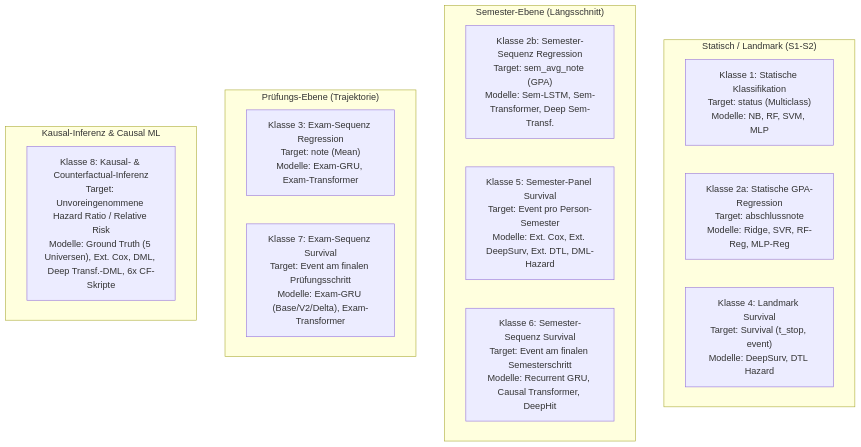
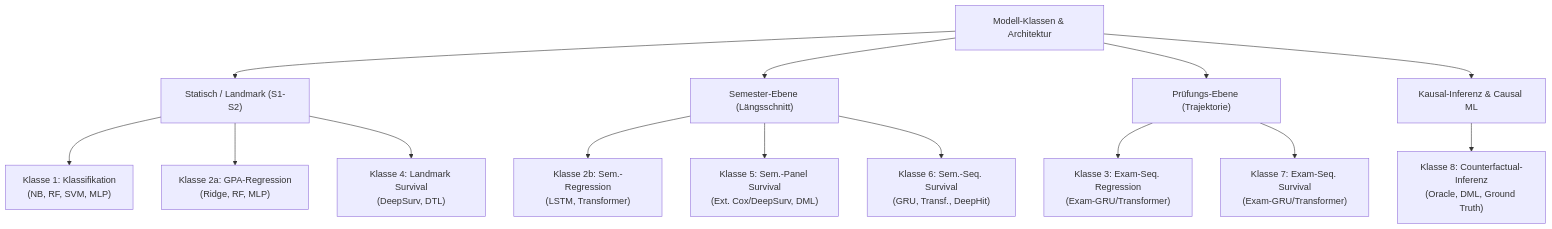
Before and after one commit to mAInbrAIn-wk/DeepHSSurvial: the diagram in Artifacts/script_registry.md, drawn with Mermaid. The commit also changed 43 other files, not shown here.

````diff
--- a/Artifacts/script_registry.md
+++ b/Artifacts/script_registry.md
@@ -270,23 +270,21 @@
 ```mermaid
-graph TD
-    subgraph S1_S2_Landmark["Statisch / Landmark (S1-S2)"]
-        K1["Klasse 1: Statische Klassifikation<br>Target: status (Multiclass)<br>Modelle: NB, RF, SVM, MLP"]
-        K2a["Klasse 2a: Statische GPA-Regression<br>Target: abschlussnote<br>Modelle: Ridge, SVR, RF-Reg, MLP-Reg"]
-        K4["Klasse 4: Landmark Survival<br>Target: Survival (t_stop, event)<br>Modelle: DeepSurv, DTL Hazard"]
-    end
-
-    subgraph Semester_Level["Semester-Ebene (Längsschnitt)"]
-        K2b["Klasse 2b: Semester-Sequenz Regression<br>Target: sem_avg_note (GPA)<br>Modelle: Sem-LSTM, Sem-Transformer, Deep Sem-Transf."]
-        K5["Klasse 5: Semester-Panel Survival<br>Target: Event pro Person-Semester<br>Modelle: Ext. Cox, Ext. DeepSurv, Ext. DTL, DML-Hazard"]
-        K6["Klasse 6: Semester-Sequenz Survival<br>Target: Event am finalen Semesterschritt<br>Modelle: Recurrent GRU, Causal Transformer, DeepHit"]
-    end
-
-    subgraph Exam_Level["Prüfungs-Ebene (Trajektorie)"]
-        K3["Klasse 3: Exam-Sequenz Regression<br>Target: note (Mean)<br>Modelle: Exam-GRU, Exam-Transformer"]
-        K7["Klasse 7: Exam-Sequenz Survival<br>Target: Event am finalen Prüfungsschritt<br>Modelle: Exam-GRU (Base/V2/Delta), Exam-Transformer"]
-    end
-
-    subgraph Causal_Benchmark["Kausal-Inferenz & Causal ML"]
-        K8["Klasse 8: Kausal- & Counterfactual-Inferenz<br>Target: Unvoreingenommene Hazard Ratio / Relative Risk<br>Modelle: Ground Truth (5 Universen), Ext. Cox, DML, Deep Transf.-DML, 6x CF-Skripte"]
-    end
+flowchart TB
+    Root["Modell-Klassen & Architektur"]
+    
+    Root --> Statisch["Statisch / Landmark (S1-S2)"]
+    Statisch --> K1["Klasse 1: Klassifikation<br>(NB, RF, SVM, MLP)"]
+    Statisch --> K2a["Klasse 2a: GPA-Regression<br>(Ridge, RF, MLP)"]
+    Statisch --> K4["Klasse 4: Landmark Survival<br>(DeepSurv, DTL)"]
+    
+    Root --> Semester["Semester-Ebene (Längsschnitt)"]
+    Semester --> K2b["Klasse 2b: Sem.-Regression<br>(LSTM, Transformer)"]
+    Semester --> K5["Klasse 5: Sem.-Panel Survival<br>(Ext. Cox/DeepSurv, DML)"]
+    Semester --> K6["Klasse 6: Sem.-Seq. Survival<br>(GRU, Transf., DeepHit)"]
+    
+    Root --> Pruefung["Prüfungs-Ebene (Trajektorie)"]
+    Pruefung --> K3["Klasse 3: Exam-Seq. Regression<br>(Exam-GRU/Transformer)"]
+    Pruefung --> K7["Klasse 7: Exam-Seq. Survival<br>(Exam-GRU/Transformer)"]
+    
+    Root --> Kausal["Kausal-Inferenz & Causal ML"]
+    Kausal --> K8["Klasse 8: Counterfactual-Inferenz<br>(Oracle, DML, Ground Truth)"]
 ```
````
